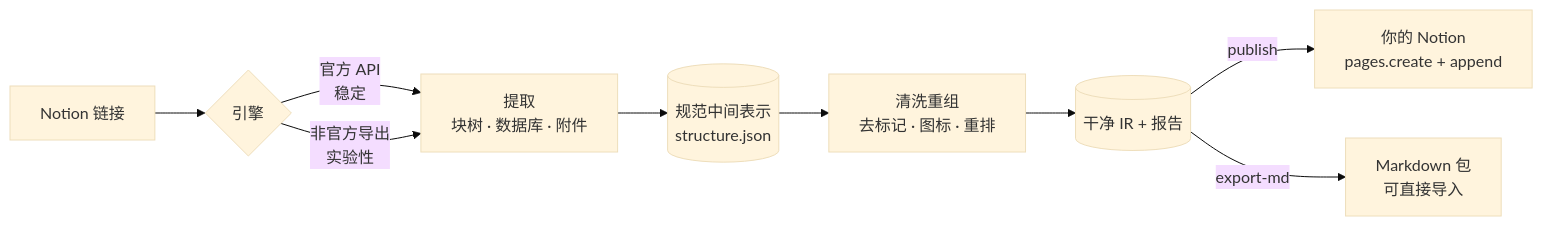
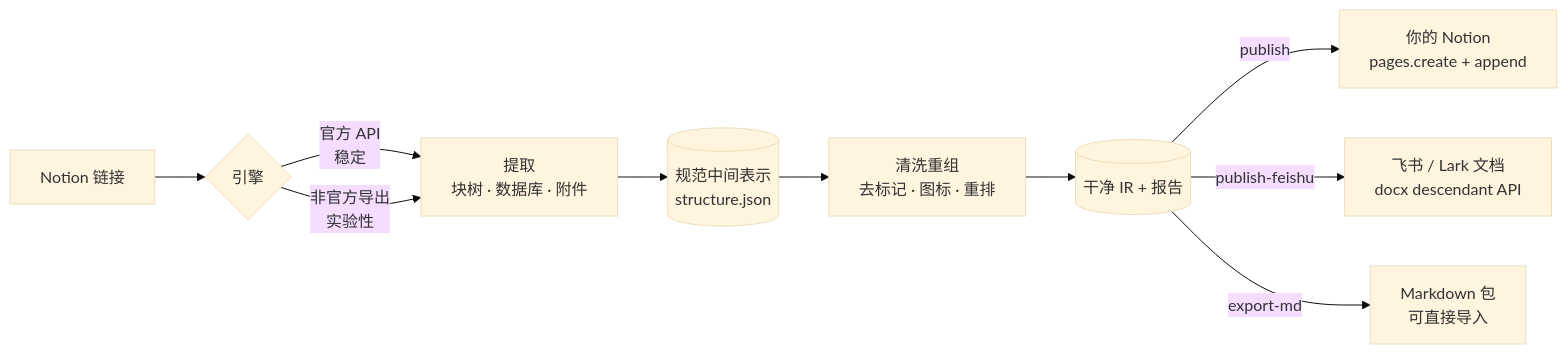
Before and after one commit to yuhao-xin/Page-Alchemist: the diagram in README.zh-CN.md, drawn with Mermaid (base theme). The commit also changed other lines of this file and 53 other files, not shown here.

````diff
--- a/README.zh-CN.md
+++ b/README.zh-CN.md
@@ -45,11 +45,12 @@
 ```mermaid
 flowchart LR
     U[Notion 链接] --> B{引擎}
     B -->|官方 API<br/>稳定| X[提取<br/>块树 · 数据库 · 附件]
     B -->|非官方导出<br/>实验性| X
     X --> IR[(规范中间表示<br/>structure.json)]
     IR --> T[清洗重组<br/>去标记 · 图标 · 重排]
     T --> CIR[(干净 IR + 报告)]
     CIR -->|publish| P[你的 Notion<br/>pages.create + append]
+    CIR -->|publish-feishu| F[飞书 / Lark 文档<br/>docx descendant API]
     CIR -->|export-md| M[Markdown 包<br/>可直接导入]
 ```
````
